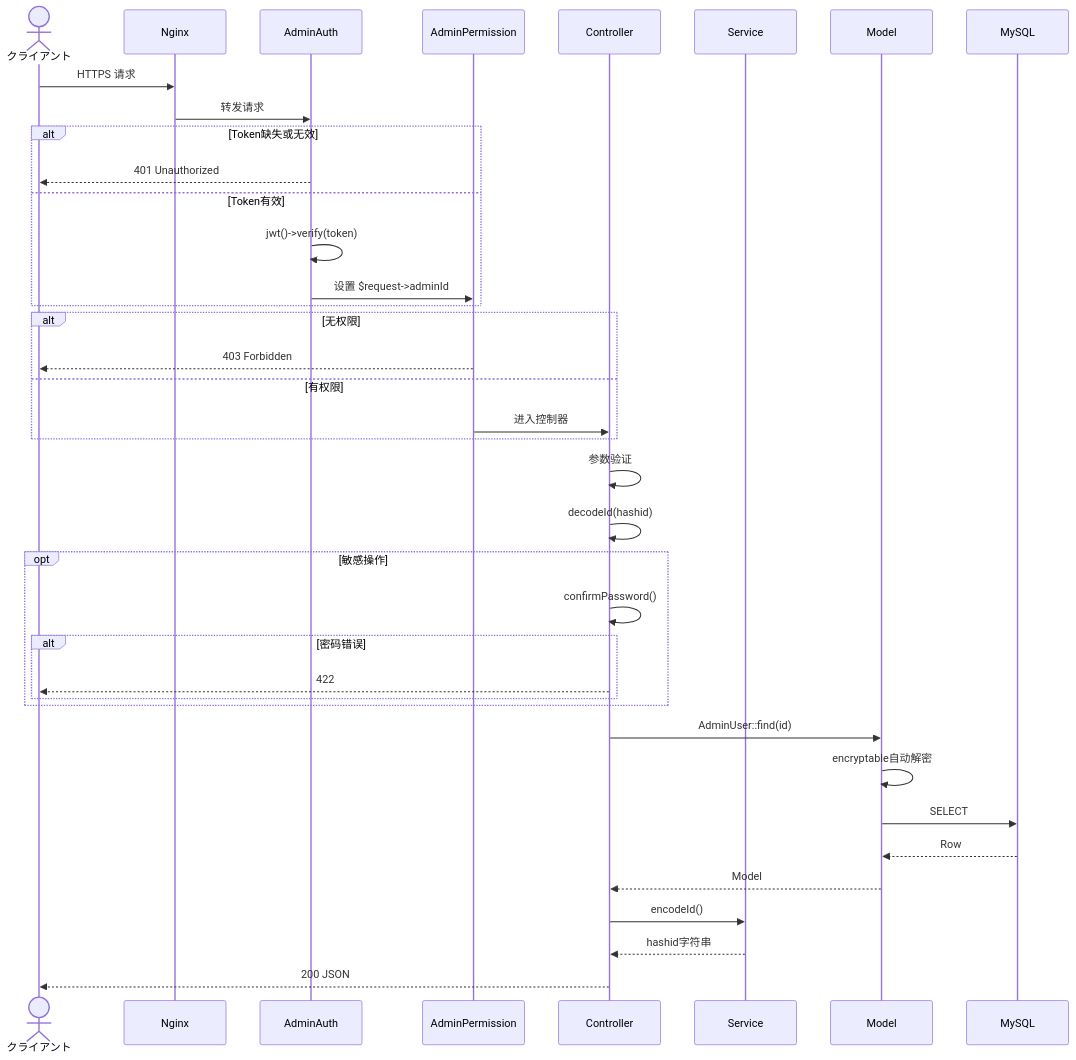
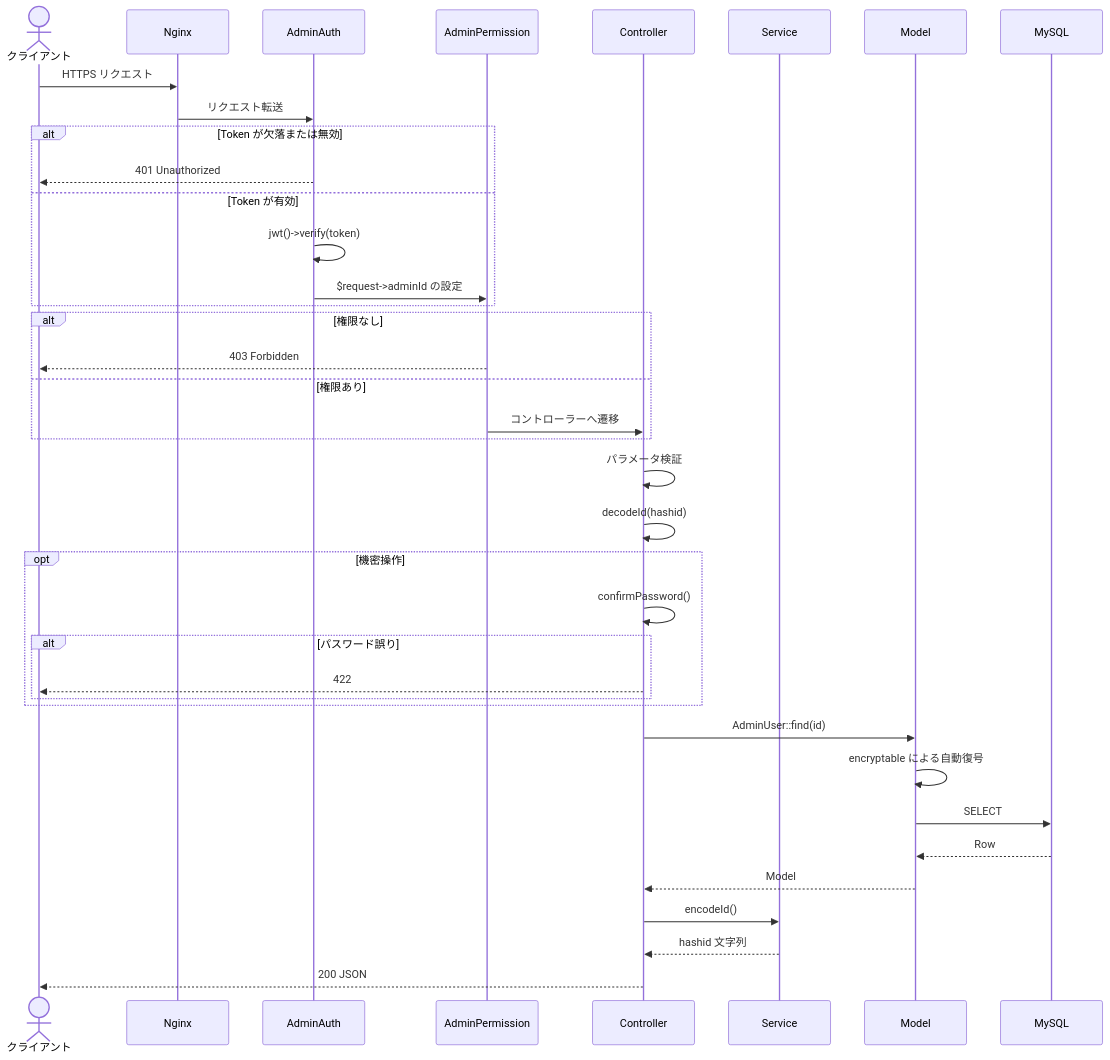
One commit to erikwang2013/game-platform-php changed the diagram in admin/docs/diagrams/03-request-lifecycle.ja.md. Above: the diagram before and after it, drawn with Mermaid. The commit also changed 211 other files, not shown here.

First line of the commit message:
fix: 支付配置读回类型根治、提现事件对账巡检，12 语族 mermaid 与 API 标签本地化

````diff
--- a/admin/docs/diagrams/03-request-lifecycle.ja.md
+++ b/admin/docs/diagrams/03-request-lifecycle.ja.md
@@ -7,48 +7,48 @@
 ```mermaid
 sequenceDiagram
     actor C as クライアント
     participant N as Nginx
     participant MW1 as AdminAuth
     participant MW2 as AdminPermission
     participant CTL as Controller
     participant SVC as Service
     participant MDL as Model
     participant DB as MySQL
 
-    C->>N: HTTPS 请求
-    N->>MW1: 转发请求
+    C->>N: HTTPS リクエスト
+    N->>MW1: リクエスト転送
 
-    alt Token缺失或无效
+    alt Token が欠落または無効
         MW1-->>C: 401 Unauthorized
-    else Token有效
+    else Token が有効
         MW1->>MW1: jwt()->verify(token)
-        MW1->>MW2: 设置 $request->adminId
+        MW1->>MW2: $request->adminId の設定
     end
 
-    alt 无权限
+    alt 権限なし
         MW2-->>C: 403 Forbidden
-    else 有权限
-        MW2->>CTL: 进入控制器
+    else 権限あり
+        MW2->>CTL: コントローラーへ遷移
     end
 
-    CTL->>CTL: 参数验证
+    CTL->>CTL: パラメータ検証
     CTL->>CTL: decodeId(hashid)
 
-    opt 敏感操作
+    opt 機密操作
         CTL->>CTL: confirmPassword()
-        alt 密码错误
+        alt パスワード誤り
             CTL-->>C: 422
         end
     end
 
     CTL->>MDL: AdminUser::find(id)
-    MDL->>MDL: encryptable自动解密
+    MDL->>MDL: encryptable による自動復号
     MDL->>DB: SELECT
     DB-->>MDL: Row
     MDL-->>CTL: Model
 
     CTL->>SVC: encodeId()
-    SVC-->>CTL: hashid字符串
+    SVC-->>CTL: hashid 文字列
 
     CTL-->>C: 200 JSON
 ```
````
